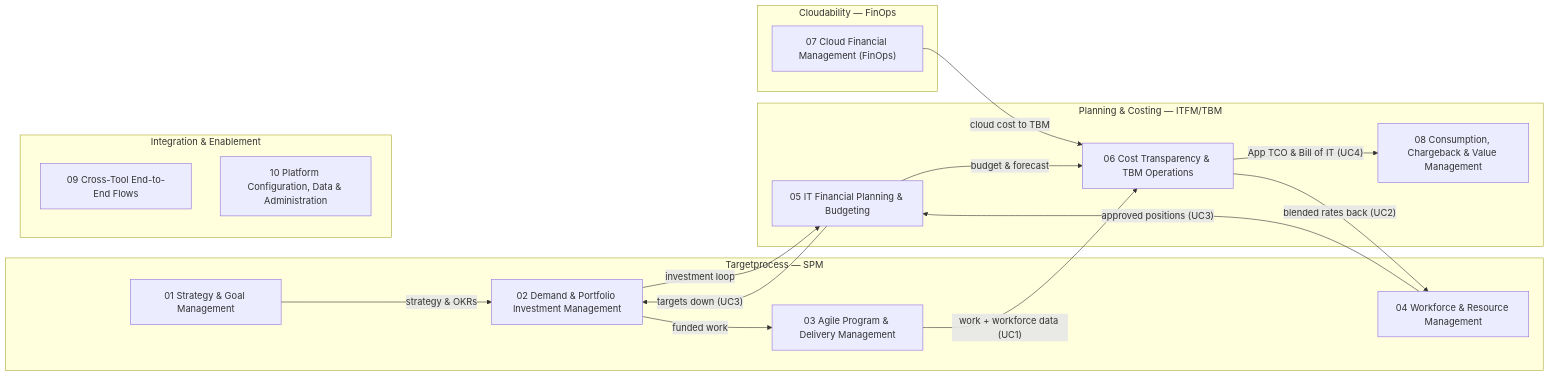
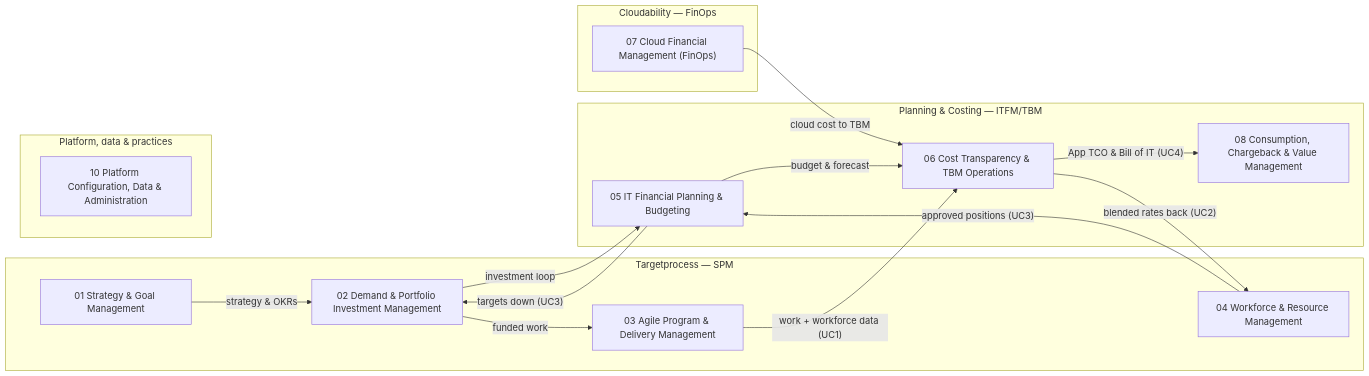
One commit to corbyjames/apptio-process-catalog changed the diagram in diagrams/mermaid/l0-landscape.md. Above: the diagram before and after it, drawn with Mermaid. The commit also changed other lines of this file and 251 other files, not shown here.

````diff
--- a/diagrams/mermaid/l0-landscape.md
+++ b/diagrams/mermaid/l0-landscape.md
@@ -5,31 +5,30 @@
 ```mermaid
 flowchart LR
   subgraph SPM["Targetprocess — SPM"]
     A01["01 Strategy & Goal Management"]
     A02["02 Demand & Portfolio Investment Management"]
     A03["03 Agile Program & Delivery Management"]
     A04["04 Workforce & Resource Management"]
   end
   subgraph ITFM["Planning & Costing — ITFM/TBM"]
     A05["05 IT Financial Planning & Budgeting"]
     A06["06 Cost Transparency & TBM Operations"]
     A08["08 Consumption, Chargeback & Value Management"]
   end
   subgraph FINOPS["Cloudability — FinOps"]
     A07["07 Cloud Financial Management (FinOps)"]
   end
-  subgraph ENABLE["Integration & Enablement"]
-    A09["09 Cross-Tool End-to-End Flows"]
+  subgraph ENABLE["Platform, data & practices"]
     A10["10 Platform Configuration, Data & Administration"]
   end
   A05 -- "targets down (UC3)" --> A02
   A04 -- "approved positions (UC3)" --> A05
   A06 -- "blended rates back (UC2)" --> A04
   A03 -- "work + workforce data (UC1)" --> A06
   A06 -- "App TCO & Bill of IT (UC4)" --> A08
   A07 -- "cloud cost to TBM" --> A06
   A02 -- "investment loop" --> A05
   A01 -- "strategy & OKRs" --> A02
   A02 -- "funded work" --> A03
   A05 -- "budget & forecast" --> A06
 ```
````
